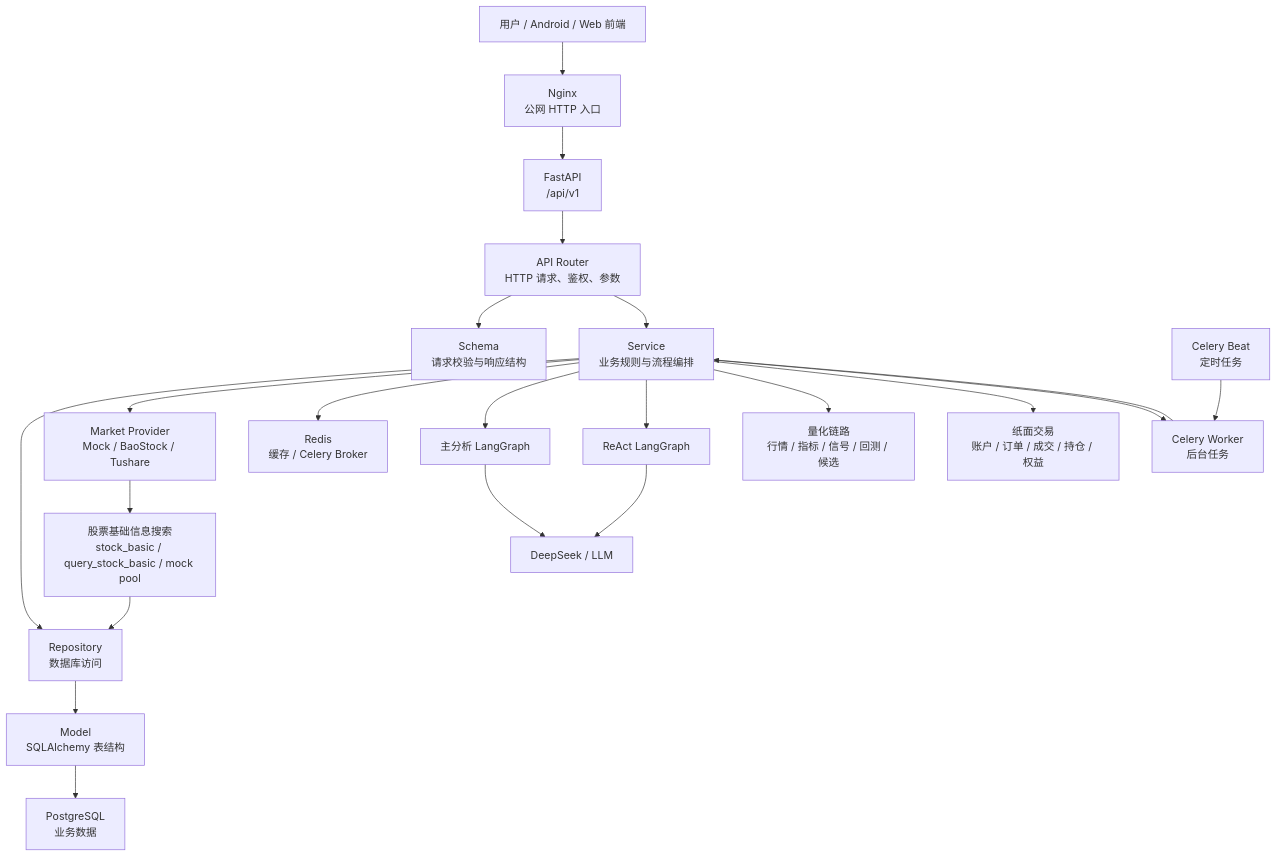
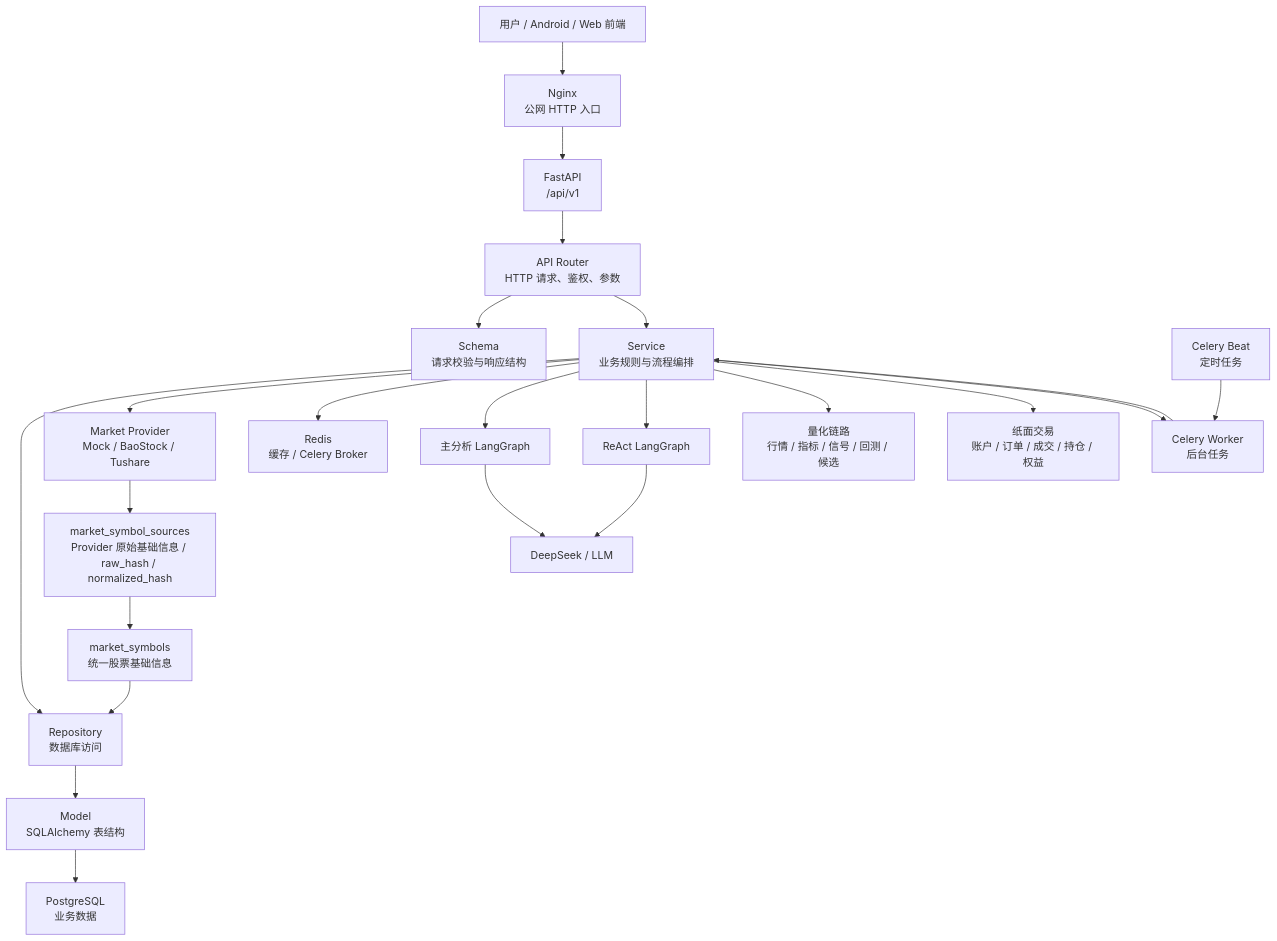
Before and after one commit to deleson/langgraph_commerce_stock_backend: the diagram in docs/项目介绍.md, drawn with Mermaid. The commit also changed other lines of this file and 31 other files, not shown here.

Commit message:
feat: add market symbol sync workflow

````diff
--- a/docs/项目介绍.md
+++ b/docs/项目介绍.md
@@ -95,29 +95,30 @@
 ```mermaid
 flowchart TD
     U["用户 / Android / Web 前端"] --> N["Nginx<br/>公网 HTTP 入口"]
     N --> API["FastAPI<br/>/api/v1"]
 
     API --> Router["API Router<br/>HTTP 请求、鉴权、参数"]
     Router --> Schema["Schema<br/>请求校验与响应结构"]
     Router --> Service["Service<br/>业务规则与流程编排"]
 
     Service --> Repo["Repository<br/>数据库访问"]
     Repo --> Model["Model<br/>SQLAlchemy 表结构"]
     Model --> DB["PostgreSQL<br/>业务数据"]
 
     Service --> Provider["Market Provider<br/>Mock / BaoStock / Tushare"]
-    Provider --> Symbol["股票基础信息搜索<br/>stock_basic / query_stock_basic / mock pool"]
+    Provider --> Source["market_symbol_sources<br/>Provider 原始基础信息 / raw_hash / normalized_hash"]
+    Source --> Symbol["market_symbols<br/>统一股票基础信息"]
     Symbol --> Repo
 
     Service --> Redis["Redis<br/>缓存 / Celery Broker"]
     Service --> Graph1["主分析 LangGraph"]
     Service --> Graph2["ReAct LangGraph"]
     Graph1 --> LLM["DeepSeek / LLM"]
     Graph2 --> LLM
 
     Service --> Quant["量化链路<br/>行情 / 指标 / 信号 / 回测 / 候选"]
     Service --> Paper["纸面交易<br/>账户 / 订单 / 成交 / 持仓 / 权益"]
     Service --> Task["Celery Worker<br/>后台任务"]
     Beat["Celery Beat<br/>定时任务"] --> Task
     Task --> Service
 ```
````
